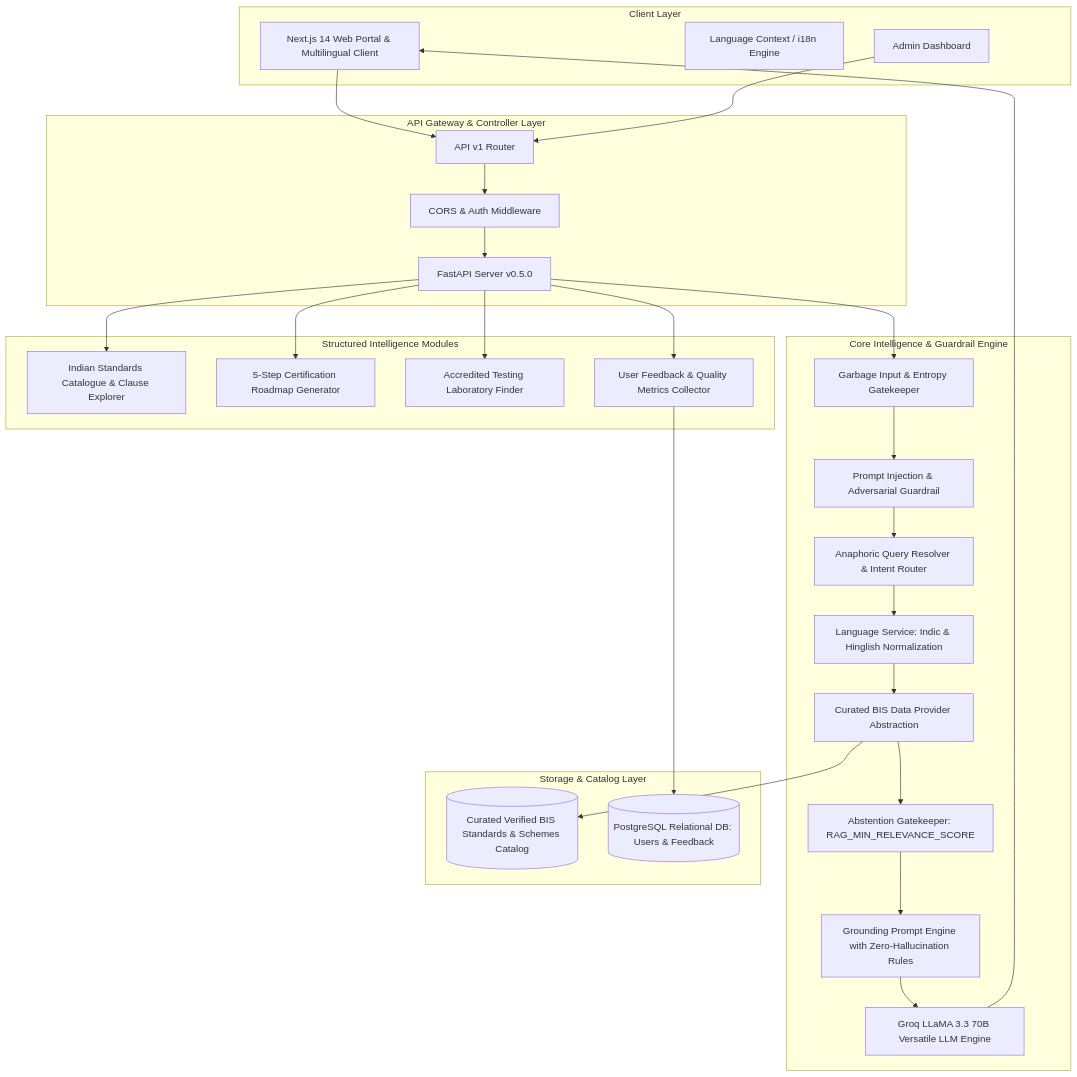
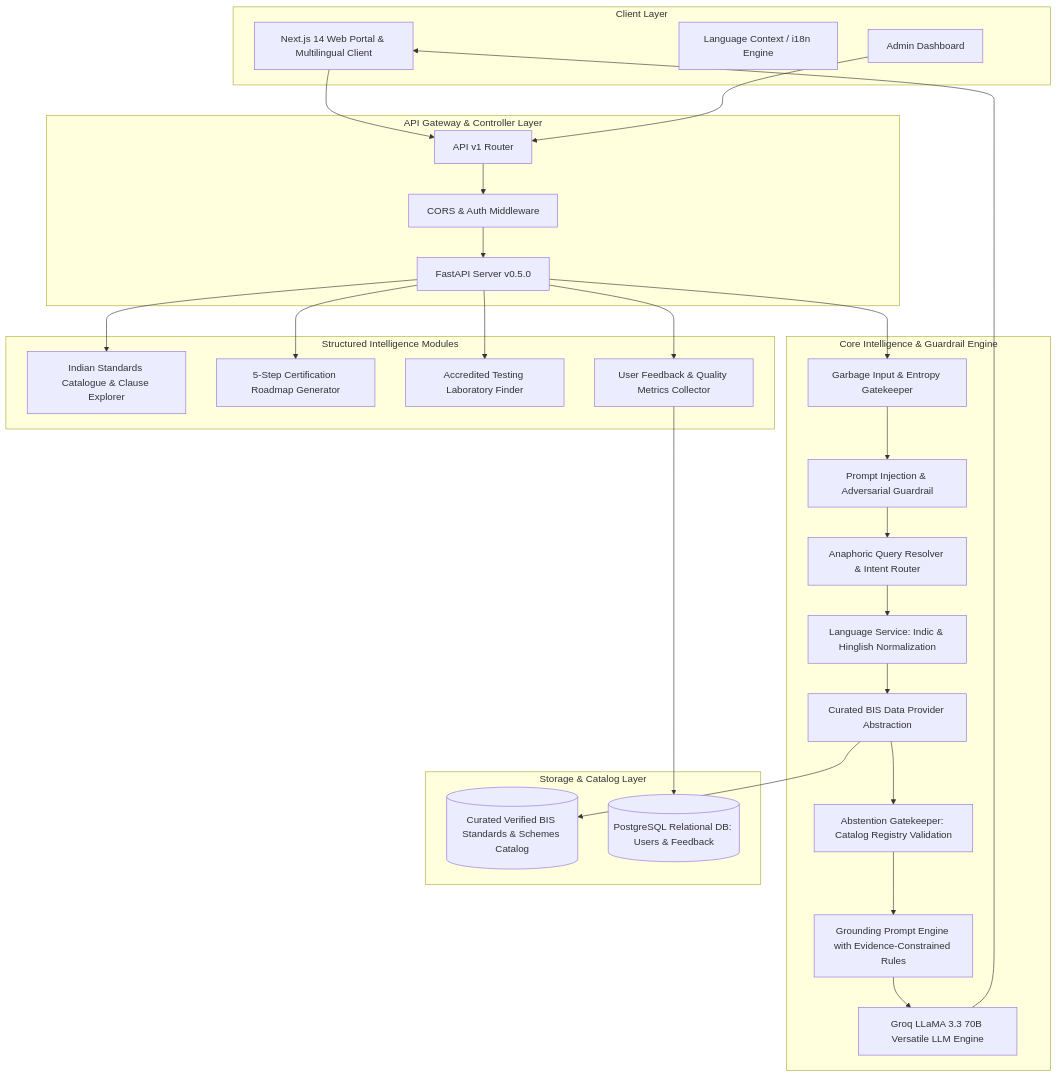
Before and after one commit to 0MRX0-00/SIH2026-PS-107: the diagram in docs/architecture-final.md, drawn with Mermaid. The commit also changed other lines of this file and 115 other files, not shown here.

````diff
--- a/docs/architecture-final.md
+++ b/docs/architecture-final.md
@@ -9,59 +9,59 @@
 ```mermaid
 graph TB
     subgraph Client Layer
         UI[Next.js 14 Web Portal & Multilingual Client]
         LangCtx[Language Context / i18n Engine]
         AdminUI[Admin Dashboard]
     end
 
     subgraph API Gateway & Controller Layer
         FastAPI[FastAPI Server v0.5.0]
         CORS[CORS & Auth Middleware]
         Router[API v1 Router]
     end
 
     subgraph Core Intelligence & Guardrail Engine
         InputGate[Garbage Input & Entropy Gatekeeper]
         SecGuard[Prompt Injection & Adversarial Guardrail]
         QueryProc[Anaphoric Query Resolver & Intent Router]
         TransService[Language Service: Indic & Hinglish Normalization]
         DataProvider[Curated BIS Data Provider Abstraction]
-        AbstentionGate[Abstention Gatekeeper: RAG_MIN_RELEVANCE_SCORE]
-        PromptAssembler[Grounding Prompt Engine with Zero-Hallucination Rules]
+        AbstentionGate[Abstention Gatekeeper: Catalog Registry Validation]
+        PromptAssembler[Grounding Prompt Engine with Evidence-Constrained Rules]
         LLMDriver[Groq LLaMA 3.3 70B Versatile LLM Engine]
     end
 
     subgraph Structured Intelligence Modules
         StandardsModule[Indian Standards Catalogue & Clause Explorer]
         CertRoadmap[5-Step Certification Roadmap Generator]
         LabDirectory[Accredited Testing Laboratory Finder]
         FeedbackModule[User Feedback & Quality Metrics Collector]
     end
 
     subgraph Storage & Catalog Layer
         SeedCatalog[(Curated Verified BIS Standards & Schemes Catalog)]
         Postgres[(PostgreSQL Relational DB: Users & Feedback)]
     end
 
     UI --> Router
     AdminUI --> Router
     Router --> CORS
     CORS --> FastAPI
 
     FastAPI --> InputGate
     InputGate --> SecGuard
     SecGuard --> QueryProc
     QueryProc --> TransService
     TransService --> DataProvider
     DataProvider --> SeedCatalog
     DataProvider --> AbstentionGate
     AbstentionGate --> PromptAssembler
     PromptAssembler --> LLMDriver
     LLMDriver --> UI
 
     FastAPI --> StandardsModule
     FastAPI --> CertRoadmap
     FastAPI --> LabDirectory
     FastAPI --> FeedbackModule
     FeedbackModule --> Postgres
 ```
````
